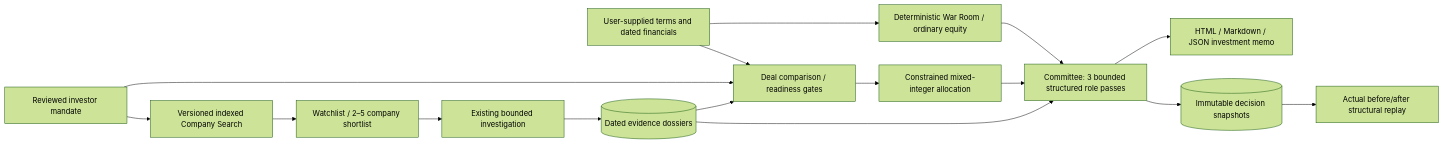
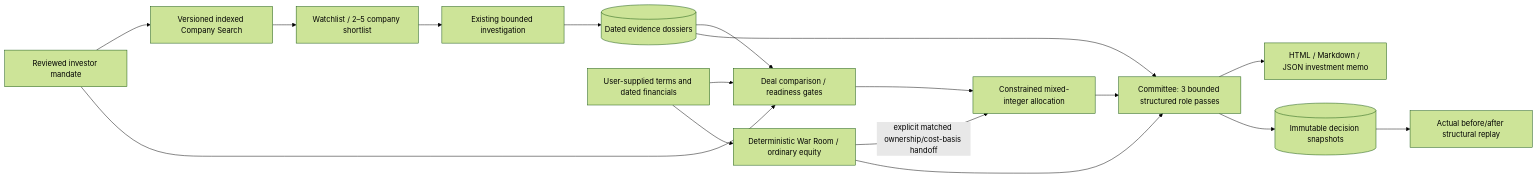
Before and after one commit to Arya-06-Man/startup-autopsy: the first of 2 diagrams in docs/ARCHITECTURE.md, drawn with Mermaid (forest theme). The commit also changed other lines of this file and 27 other files, not shown here.

````diff
--- a/docs/ARCHITECTURE.md
+++ b/docs/ARCHITECTURE.md
@@ -7,18 +7,19 @@
 ```mermaid
 flowchart LR
     M[Reviewed investor mandate] --> D[Versioned indexed Company Search]
     D --> S[Watchlist / 2–5 company shortlist]
     S --> I[Existing bounded investigation]
     I --> E[(Dated evidence dossiers)]
     U[User-supplied terms and dated financials] --> C[Deal comparison / readiness gates]
     M --> C
     E --> C
     C --> P[Constrained mixed-integer allocation]
     U --> W[Deterministic War Room / ordinary equity]
+    W -->|explicit matched ownership/cost-basis handoff| P
     W --> K[Committee: 3 bounded structured role passes]
     P --> K
     E --> K
     K --> R[HTML / Markdown / JSON investment memo]
     K --> Q[(Immutable decision snapshots)]
     Q --> X[Actual before/after structural replay]
 ```
````
